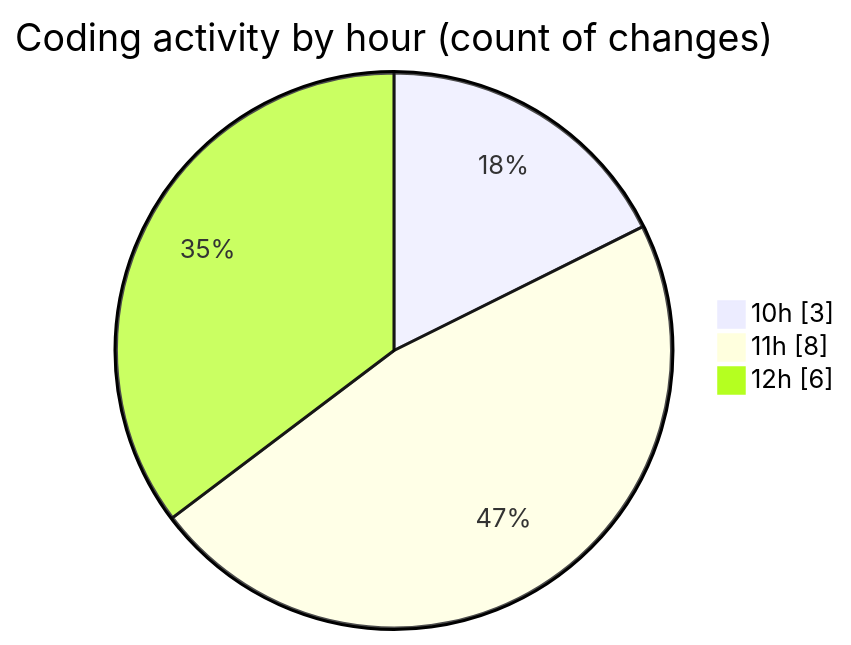
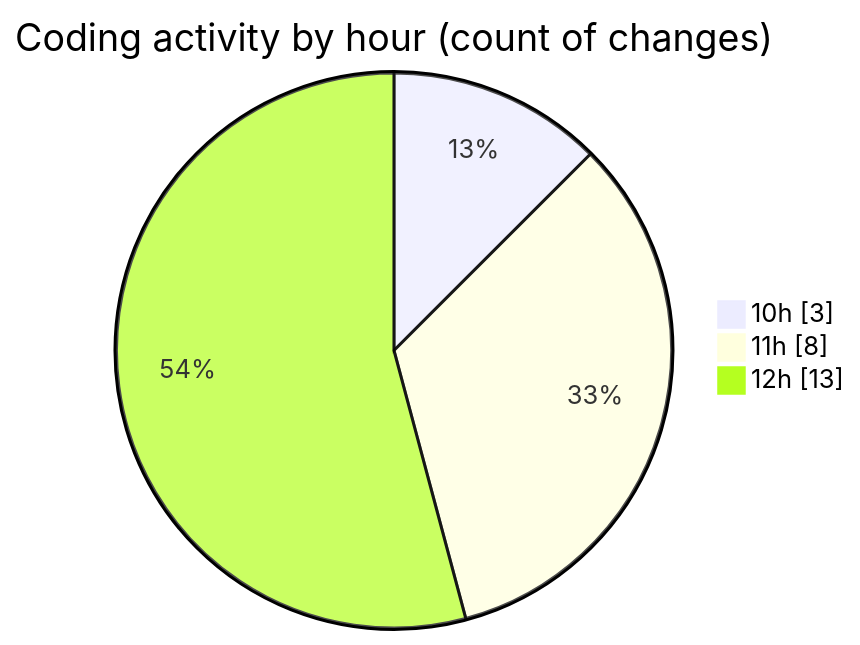
Before and after one commit to nxtqubesakshisongat/code-tracking: the second of 2 diagrams in 2025-10-15/nxtqube_webapp/README.md, drawn with Mermaid. The commit also changed other lines of this file and 1 other file, not shown here.

````diff
--- a/2025-10-15/nxtqube_webapp/README.md
+++ b/2025-10-15/nxtqube_webapp/README.md
@@ -28,7 +28,7 @@
 ```mermaid
 pie showData
 title Coding activity by hour (count of changes)
 "10h" : 3
 "11h" : 8
-"12h" : 6
+"12h" : 13
 ```
````
